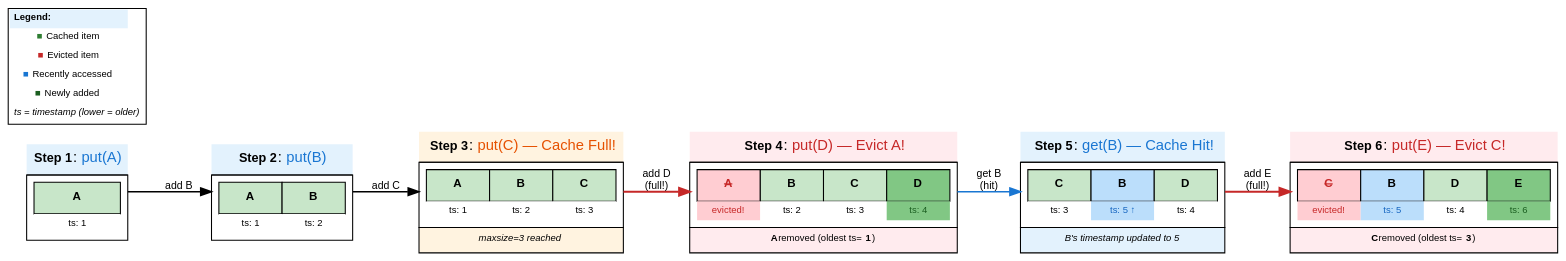
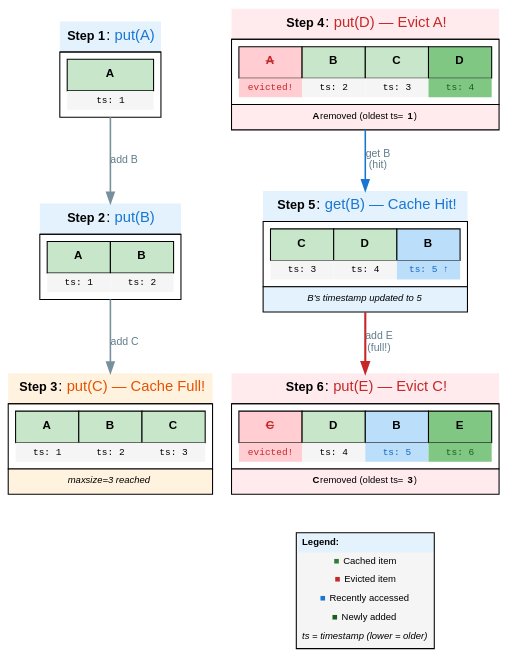
The diagram in diagrams/eviction_example.dot (tanbro/redis_func_cache), drawn with Graphviz before and after one commit. The commit also changed 17 other files, not shown here.

First line of the commit message:
docs: clean sphinx build, restructure handler docs, rework diagrams

```diff
--- a/diagrams/eviction_example.dot
+++ b/diagrams/eviction_example.dot
@@ -1,18 +1,18 @@
 digraph LRUEviction {
     // Graph settings
-    rankdir=LR;
+    rankdir=TB;
     node [shape=none, margin=0, fontname="Arial, Helvetica, sans-serif"];
-    edge [fontname="Arial, Helvetica, sans-serif", fontsize=10];
+    edge [fontname="Arial, Helvetica, sans-serif", fontsize=10, fontcolor="#607d8b"];
     bgcolor=transparent;
 
     // Step 1: Initial empty cache
     step1 [label=<
-        <TABLE BORDER="0" CELLBORDER="1" CELLSPACING="0" CELLPADDING="6" BGCOLOR="white">
+        <TABLE BORDER="0" CELLBORDER="1" CELLSPACING="0" CELLPADDING="6">
             <TR><TD SIDES="B" BGCOLOR="#e3f2fd"><FONT POINT-SIZE="12"><B>Step 1</B></FONT>: <FONT COLOR="#1976d2">put(A)</FONT></TD></TR>
             <TR><TD>
-                <TABLE BORDER="0" CELLSPACING="0" CELLPADDING="4" BGCOLOR="white">
+                <TABLE BORDER="0" CELLSPACING="0" CELLPADDING="4">
                     <TR><TD BGCOLOR="#c8e6c9" BORDER="1" WIDTH="60" HEIGHT="30" ALIGN="CENTER"><FONT POINT-SIZE="11"><B>A</B></FONT></TD></TR>
-                    <TR><TD ALIGN="CENTER" BGCOLOR="white" FONTNAME="monospace"><FONT COLOR="#333" POINT-SIZE="9">ts: 1</FONT></TD></TR>
+                    <TR><TD ALIGN="CENTER" BGCOLOR="#f5f5f5"><FONT FACE="monospace" COLOR="#333" POINT-SIZE="9">ts: 1</FONT></TD></TR>
                 </TABLE>
             </TD></TR>
         </TABLE>
@@ -20,17 +20,17 @@
 
     // Step 2: Add B
     step2 [label=<
-        <TABLE BORDER="0" CELLBORDER="1" CELLSPACING="0" CELLPADDING="6" BGCOLOR="white">
+        <TABLE BORDER="0" CELLBORDER="1" CELLSPACING="0" CELLPADDING="6">
             <TR><TD SIDES="B" BGCOLOR="#e3f2fd"><FONT POINT-SIZE="12"><B>Step 2</B></FONT>: <FONT COLOR="#1976d2">put(B)</FONT></TD></TR>
             <TR><TD>
-                <TABLE BORDER="0" CELLSPACING="0" CELLPADDING="4" BGCOLOR="white">
+                <TABLE BORDER="0" CELLSPACING="0" CELLPADDING="4">
                     <TR>
                         <TD BGCOLOR="#c8e6c9" BORDER="1" WIDTH="60" HEIGHT="30" ALIGN="CENTER"><FONT POINT-SIZE="11"><B>A</B></FONT></TD>
                         <TD BGCOLOR="#c8e6c9" BORDER="1" WIDTH="60" HEIGHT="30" ALIGN="CENTER"><FONT POINT-SIZE="11"><B>B</B></FONT></TD>
                     </TR>
                     <TR>
-                        <TD ALIGN="CENTER" BGCOLOR="white" FONTNAME="monospace"><FONT COLOR="#333" POINT-SIZE="9">ts: 1</FONT></TD>
-                        <TD ALIGN="CENTER" BGCOLOR="white" FONTNAME="monospace"><FONT COLOR="#333" POINT-SIZE="9">ts: 2</FONT></TD>
+                        <TD ALIGN="CENTER" BGCOLOR="#f5f5f5"><FONT FACE="monospace" COLOR="#333" POINT-SIZE="9">ts: 1</FONT></TD>
+                        <TD ALIGN="CENTER" BGCOLOR="#f5f5f5"><FONT FACE="monospace" COLOR="#333" POINT-SIZE="9">ts: 2</FONT></TD>
                     </TR>
                 </TABLE>
             </TD></TR>
@@ -39,19 +39,19 @@
 
     // Step 3: Add C (cache becomes full)
     step3 [label=<
-        <TABLE BORDER="0" CELLBORDER="1" CELLSPACING="0" CELLPADDING="6" BGCOLOR="white">
+        <TABLE BORDER="0" CELLBORDER="1" CELLSPACING="0" CELLPADDING="6">
             <TR><TD SIDES="B" BGCOLOR="#fff3e0"><FONT POINT-SIZE="12"><B>Step 3</B></FONT>: <FONT COLOR="#e65100">put(C) — Cache Full!</FONT></TD></TR>
             <TR><TD>
-                <TABLE BORDER="0" CELLSPACING="0" CELLPADDING="4" BGCOLOR="white">
+                <TABLE BORDER="0" CELLSPACING="0" CELLPADDING="4">
                     <TR>
                         <TD BGCOLOR="#c8e6c9" BORDER="1" WIDTH="60" HEIGHT="30" ALIGN="CENTER"><FONT POINT-SIZE="11"><B>A</B></FONT></TD>
                         <TD BGCOLOR="#c8e6c9" BORDER="1" WIDTH="60" HEIGHT="30" ALIGN="CENTER"><FONT POINT-SIZE="11"><B>B</B></FONT></TD>
                         <TD BGCOLOR="#c8e6c9" BORDER="1" WIDTH="60" HEIGHT="30" ALIGN="CENTER"><FONT POINT-SIZE="11"><B>C</B></FONT></TD>
                     </TR>
                     <TR>
-                        <TD ALIGN="CENTER" BGCOLOR="white" FONTNAME="monospace"><FONT COLOR="#333" POINT-SIZE="9">ts: 1</FONT></TD>
-                        <TD ALIGN="CENTER" BGCOLOR="white" FONTNAME="monospace"><FONT COLOR="#333" POINT-SIZE="9">ts: 2</FONT></TD>
-                        <TD ALIGN="CENTER" BGCOLOR="white" FONTNAME="monospace"><FONT COLOR="#333" POINT-SIZE="9">ts: 3</FONT></TD>
+                        <TD ALIGN="CENTER" BGCOLOR="#f5f5f5"><FONT FACE="monospace" COLOR="#333" POINT-SIZE="9">ts: 1</FONT></TD>
+                        <TD ALIGN="CENTER" BGCOLOR="#f5f5f5"><FONT FACE="monospace" COLOR="#333" POINT-SIZE="9">ts: 2</FONT></TD>
+                        <TD ALIGN="CENTER" BGCOLOR="#f5f5f5"><FONT FACE="monospace" COLOR="#333" POINT-SIZE="9">ts: 3</FONT></TD>
                     </TR>
                 </TABLE>
             </TD></TR>
@@ -61,10 +61,10 @@
 
     // Step 4: Add D (A evicted - oldest timestamp)
     step4 [label=<
-        <TABLE BORDER="0" CELLBORDER="1" CELLSPACING="0" CELLPADDING="6" BGCOLOR="white">
+        <TABLE BORDER="0" CELLBORDER="1" CELLSPACING="0" CELLPADDING="6">
             <TR><TD SIDES="B" BGCOLOR="#ffebee"><FONT POINT-SIZE="12"><B>Step 4</B></FONT>: <FONT COLOR="#c62828">put(D) — Evict A!</FONT></TD></TR>
             <TR><TD>
-                <TABLE BORDER="0" CELLSPACING="0" CELLPADDING="4" BGCOLOR="white">
+                <TABLE BORDER="0" CELLSPACING="0" CELLPADDING="4">
                     <TR>
                         <TD BGCOLOR="#ffcdd2" BORDER="1" WIDTH="60" HEIGHT="30" ALIGN="CENTER"><FONT POINT-SIZE="11" COLOR="#c62828"><S><B>A</B></S></FONT></TD>
                         <TD BGCOLOR="#c8e6c9" BORDER="1" WIDTH="60" HEIGHT="30" ALIGN="CENTER"><FONT POINT-SIZE="11"><B>B</B></FONT></TD>
@@ -72,10 +72,10 @@
                         <TD BGCOLOR="#81c784" BORDER="1" WIDTH="60" HEIGHT="30" ALIGN="CENTER"><FONT POINT-SIZE="11"><B>D</B></FONT></TD>
                     </TR>
                     <TR>
-                        <TD ALIGN="CENTER" BGCOLOR="#ffcdd2" FONTNAME="monospace"><FONT COLOR="#c62828" POINT-SIZE="9">evicted!</FONT></TD>
-                        <TD ALIGN="CENTER" BGCOLOR="white" FONTNAME="monospace"><FONT COLOR="#333" POINT-SIZE="9">ts: 2</FONT></TD>
-                        <TD ALIGN="CENTER" BGCOLOR="white" FONTNAME="monospace"><FONT COLOR="#333" POINT-SIZE="9">ts: 3</FONT></TD>
-                        <TD ALIGN="CENTER" BGCOLOR="#81c784" FONTNAME="monospace"><FONT COLOR="#1b5e20" POINT-SIZE="9">ts: 4</FONT></TD>
+                        <TD ALIGN="CENTER" BGCOLOR="#ffcdd2"><FONT FACE="monospace" COLOR="#c62828" POINT-SIZE="9">evicted!</FONT></TD>
+                        <TD ALIGN="CENTER" BGCOLOR="#f5f5f5"><FONT FACE="monospace" COLOR="#333" POINT-SIZE="9">ts: 2</FONT></TD>
+                        <TD ALIGN="CENTER" BGCOLOR="#f5f5f5"><FONT FACE="monospace" COLOR="#333" POINT-SIZE="9">ts: 3</FONT></TD>
+                        <TD ALIGN="CENTER" BGCOLOR="#81c784"><FONT FACE="monospace" COLOR="#1b5e20" POINT-SIZE="9">ts: 4</FONT></TD>
                     </TR>
                 </TABLE>
             </TD></TR>
@@ -85,19 +85,19 @@
 
     // Step 5: Access B (update timestamp)
     step5 [label=<
-        <TABLE BORDER="0" CELLBORDER="1" CELLSPACING="0" CELLPADDING="6" BGCOLOR="white">
+        <TABLE BORDER="0" CELLBORDER="1" CELLSPACING="0" CELLPADDING="6">
             <TR><TD SIDES="B" BGCOLOR="#e3f2fd"><FONT POINT-SIZE="12"><B>Step 5</B></FONT>: <FONT COLOR="#1976d2">get(B) — Cache Hit!</FONT></TD></TR>
             <TR><TD>
-                <TABLE BORDER="0" CELLSPACING="0" CELLPADDING="4" BGCOLOR="white">
+                <TABLE BORDER="0" CELLSPACING="0" CELLPADDING="4">
                     <TR>
                         <TD BGCOLOR="#c8e6c9" BORDER="1" WIDTH="60" HEIGHT="30" ALIGN="CENTER"><FONT POINT-SIZE="11"><B>C</B></FONT></TD>
+                        <TD BGCOLOR="#c8e6c9" BORDER="1" WIDTH="60" HEIGHT="30" ALIGN="CENTER"><FONT POINT-SIZE="11"><B>D</B></FONT></TD>
                         <TD BGCOLOR="#bbdefb" BORDER="1" WIDTH="60" HEIGHT="30" ALIGN="CENTER"><FONT POINT-SIZE="11"><B>B</B></FONT></TD>
-                        <TD BGCOLOR="#c8e6c9" BORDER="1" WIDTH="60" HEIGHT="30" ALIGN="CENTER"><FONT POINT-SIZE="11"><B>D</B></FONT></TD>
                     </TR>
                     <TR>
-                        <TD ALIGN="CENTER" BGCOLOR="white" FONTNAME="monospace"><FONT COLOR="#333" POINT-SIZE="9">ts: 3</FONT></TD>
-                        <TD ALIGN="CENTER" BGCOLOR="#bbdefb" FONTNAME="monospace"><FONT COLOR="#1565c0" POINT-SIZE="9">ts: 5 ↑</FONT></TD>
-                        <TD ALIGN="CENTER" BGCOLOR="white" FONTNAME="monospace"><FONT COLOR="#333" POINT-SIZE="9">ts: 4</FONT></TD>
+                        <TD ALIGN="CENTER" BGCOLOR="#f5f5f5"><FONT FACE="monospace" COLOR="#333" POINT-SIZE="9">ts: 3</FONT></TD>
+                        <TD ALIGN="CENTER" BGCOLOR="#f5f5f5"><FONT FACE="monospace" COLOR="#333" POINT-SIZE="9">ts: 4</FONT></TD>
+                        <TD ALIGN="CENTER" BGCOLOR="#bbdefb"><FONT FACE="monospace" COLOR="#1565c0" POINT-SIZE="9">ts: 5 ↑</FONT></TD>
                     </TR>
                 </TABLE>
             </TD></TR>
@@ -107,21 +107,21 @@
 
     // Step 6: Add E (C evicted - now oldest)
     step6 [label=<
-        <TABLE BORDER="0" CELLBORDER="1" CELLSPACING="0" CELLPADDING="6" BGCOLOR="white">
+        <TABLE BORDER="0" CELLBORDER="1" CELLSPACING="0" CELLPADDING="6">
             <TR><TD SIDES="B" BGCOLOR="#ffebee"><FONT POINT-SIZE="12"><B>Step 6</B></FONT>: <FONT COLOR="#c62828">put(E) — Evict C!</FONT></TD></TR>
             <TR><TD>
-                <TABLE BORDER="0" CELLSPACING="0" CELLPADDING="4" BGCOLOR="white">
+                <TABLE BORDER="0" CELLSPACING="0" CELLPADDING="4">
                     <TR>
                         <TD BGCOLOR="#ffcdd2" BORDER="1" WIDTH="60" HEIGHT="30" ALIGN="CENTER"><FONT POINT-SIZE="11" COLOR="#c62828"><S><B>C</B></S></FONT></TD>
+                        <TD BGCOLOR="#c8e6c9" BORDER="1" WIDTH="60" HEIGHT="30" ALIGN="CENTER"><FONT POINT-SIZE="11"><B>D</B></FONT></TD>
                         <TD BGCOLOR="#bbdefb" BORDER="1" WIDTH="60" HEIGHT="30" ALIGN="CENTER"><FONT POINT-SIZE="11"><B>B</B></FONT></TD>
-                        <TD BGCOLOR="#c8e6c9" BORDER="1" WIDTH="60" HEIGHT="30" ALIGN="CENTER"><FONT POINT-SIZE="11"><B>D</B></FONT></TD>
                         <TD BGCOLOR="#81c784" BORDER="1" WIDTH="60" HEIGHT="30" ALIGN="CENTER"><FONT POINT-SIZE="11"><B>E</B></FONT></TD>
                     </TR>
                     <TR>
-                        <TD ALIGN="CENTER" BGCOLOR="#ffcdd2" FONTNAME="monospace"><FONT COLOR="#c62828" POINT-SIZE="9">evicted!</FONT></TD>
-                        <TD ALIGN="CENTER" BGCOLOR="#bbdefb" FONTNAME="monospace"><FONT COLOR="#1565c0" POINT-SIZE="9">ts: 5</FONT></TD>
-                        <TD ALIGN="CENTER" BGCOLOR="white" FONTNAME="monospace"><FONT COLOR="#333" POINT-SIZE="9">ts: 4</FONT></TD>
-                        <TD ALIGN="CENTER" BGCOLOR="#81c784" FONTNAME="monospace"><FONT COLOR="#1b5e20" POINT-SIZE="9">ts: 6</FONT></TD>
+                        <TD ALIGN="CENTER" BGCOLOR="#ffcdd2"><FONT FACE="monospace" COLOR="#c62828" POINT-SIZE="9">evicted!</FONT></TD>
+                        <TD ALIGN="CENTER" BGCOLOR="#f5f5f5"><FONT FACE="monospace" COLOR="#333" POINT-SIZE="9">ts: 4</FONT></TD>
+                        <TD ALIGN="CENTER" BGCOLOR="#bbdefb"><FONT FACE="monospace" COLOR="#1565c0" POINT-SIZE="9">ts: 5</FONT></TD>
+                        <TD ALIGN="CENTER" BGCOLOR="#81c784"><FONT FACE="monospace" COLOR="#1b5e20" POINT-SIZE="9">ts: 6</FONT></TD>
                     </TR>
                 </TABLE>
             </TD></TR>
@@ -129,22 +129,27 @@
         </TABLE>
     >];
 
-    // Connection edges
+    // Connection edges: 3x2 snake grid (1-2-3 top row, 4-5-6 bottom row)
+    edge [color="#78909c"];
+    { rank=same; step1; step4; }
+    { rank=same; step2; step5; }
+    { rank=same; step3; step6; }
     step1 -> step2 [label="add B", penwidth=1.5];
     step2 -> step3 [label="add C", penwidth=1.5];
-    step3 -> step4 [label="add D\n(full!)", penwidth=2, color="#c62828"];
+    step3 -> step4 [style=invis, constraint=false];
     step4 -> step5 [label="get B\n(hit)", penwidth=1.5, color="#1976d2"];
     step5 -> step6 [label="add E\n(full!)", penwidth=2, color="#c62828"];
+    step6 -> legend [style=invis];
 
     // Legend
     legend [label=<
-        <TABLE BORDER="1" CELLBORDER="0" CELLSPACING="0" CELLPADDING="4" BGCOLOR="white">
+        <TABLE BORDER="1" CELLBORDER="0" CELLSPACING="0" CELLPADDING="4" BGCOLOR="#f5f5f5">
             <TR><TD BGCOLOR="#e3f2fd" ALIGN="LEFT"><FONT COLOR="#333" POINT-SIZE="9"><B>Legend:</B></FONT></TD></TR>
-            <TR><TD BGCOLOR="white"><FONT COLOR="#2e7d32">■</FONT> <FONT COLOR="#333" POINT-SIZE="9">Cached item</FONT></TD></TR>
-            <TR><TD BGCOLOR="white"><FONT COLOR="#c62828">■</FONT> <FONT COLOR="#333" POINT-SIZE="9">Evicted item</FONT></TD></TR>
-            <TR><TD BGCOLOR="white"><FONT COLOR="#1976d2">■</FONT> <FONT COLOR="#333" POINT-SIZE="9">Recently accessed</FONT></TD></TR>
-            <TR><TD BGCOLOR="white"><FONT COLOR="#1b5e20">■</FONT> <FONT COLOR="#333" POINT-SIZE="9">Newly added</FONT></TD></TR>
-            <TR><TD BGCOLOR="white" COLSPAN="2"><FONT COLOR="#333" POINT-SIZE="9"><I>ts = timestamp (lower = older)</I></FONT></TD></TR>
+            <TR><TD BGCOLOR="#f5f5f5"><FONT COLOR="#2e7d32">■</FONT> <FONT COLOR="#333" POINT-SIZE="9">Cached item</FONT></TD></TR>
+            <TR><TD BGCOLOR="#f5f5f5"><FONT COLOR="#c62828">■</FONT> <FONT COLOR="#333" POINT-SIZE="9">Evicted item</FONT></TD></TR>
+            <TR><TD BGCOLOR="#f5f5f5"><FONT COLOR="#1976d2">■</FONT> <FONT COLOR="#333" POINT-SIZE="9">Recently accessed</FONT></TD></TR>
+            <TR><TD BGCOLOR="#f5f5f5"><FONT COLOR="#1b5e20">■</FONT> <FONT COLOR="#333" POINT-SIZE="9">Newly added</FONT></TD></TR>
+            <TR><TD BGCOLOR="#f5f5f5"><FONT COLOR="#333" POINT-SIZE="9"><I>ts = timestamp (lower = older)</I></FONT></TD></TR>
         </TABLE>
     >, fontsize=9];
 }
```
